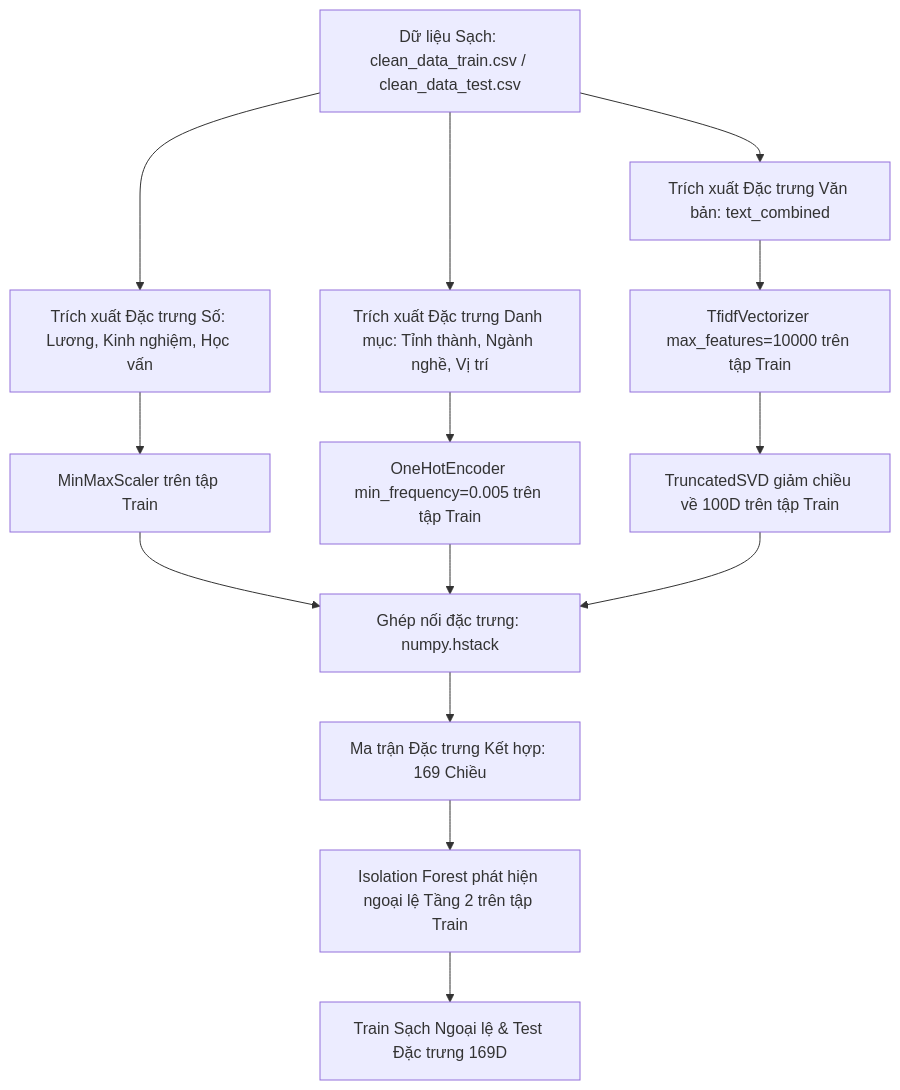
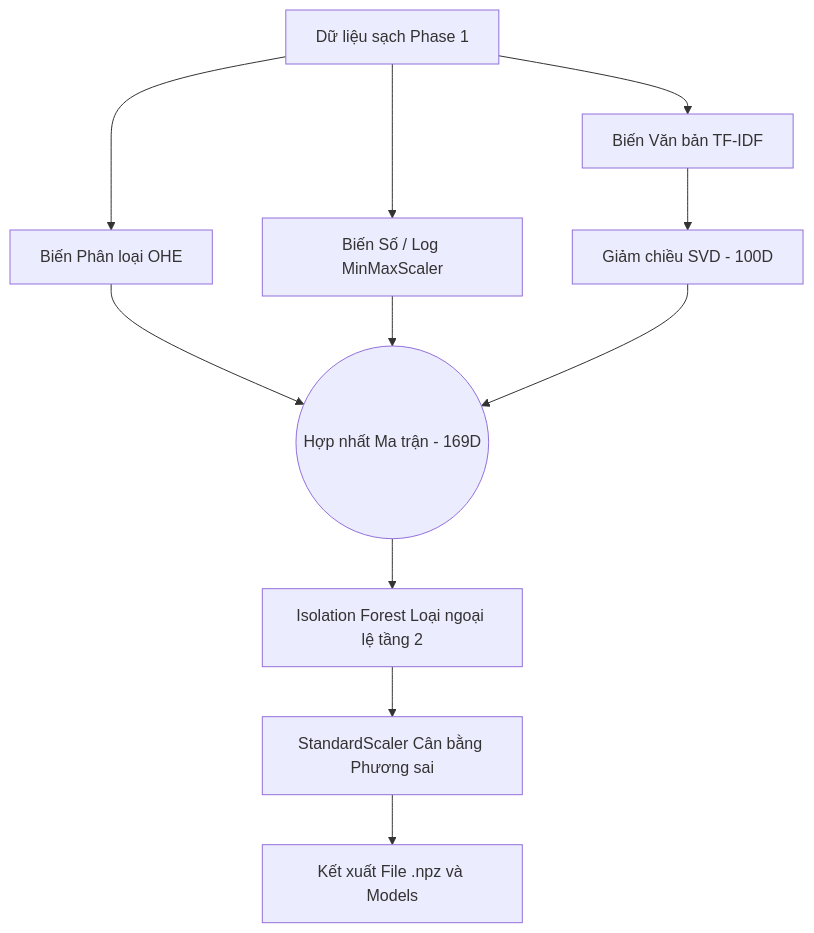
One commit to LuongVanVo/vietnam-job-market-clustering changed the diagram in docs/PHASE_2_SUMMARY.md. Above: the diagram before and after it, drawn with Mermaid. The commit also changed other lines of this file, not shown here.

Commit message:
docs: update Phase 2 summary documentation with recent project progress

````diff
--- a/docs/PHASE_2_SUMMARY.md
+++ b/docs/PHASE_2_SUMMARY.md
@@ -11,20 +18,13 @@
 ```mermaid
 graph TD
-    A[Dữ liệu Sạch: clean_data_train.csv / clean_data_test.csv] --> B1[Trích xuất Đặc trưng Số: Lương, Kinh nghiệm, Học vấn]
-    A --> B2[Trích xuất Đặc trưng Danh mục: Tỉnh thành, Ngành nghề, Vị trí]
-    A --> B3[Trích xuất Đặc trưng Văn bản: text_combined]
-    
-    B1 --> C1[MinMaxScaler trên tập Train]
-    B2 --> C2[OneHotEncoder min_frequency=0.005 trên tập Train]
-    B3 --> C3[TfidfVectorizer max_features=10000 trên tập Train]
-    
-    C3 --> D3[TruncatedSVD giảm chiều về 100D trên tập Train]
-    
-    C1 --> E[Ghép nối đặc trưng: numpy.hstack]
-    C2 --> E
-    D3 --> E
-    
-    E --> F[Ma trận Đặc trưng Kết hợp: 169 Chiều]
-    F --> G[Isolation Forest phát hiện ngoại lệ Tầng 2 trên tập Train]
-    G --> H[Train Sạch Ngoại lệ & Test Đặc trưng 169D]
+    A[Dữ liệu sạch Phase 1] --> B[Biến Phân loại OHE]
+    A --> C[Biến Số / Log MinMaxScaler]
+    A --> D[Biến Văn bản TF-IDF]
+    D --> E[Giảm chiều SVD - 100D]
+    B --> F((Hợp nhất Ma trận - 169D))
+    C --> F
+    E --> F
+    F --> G[Isolation Forest Loại ngoại lệ tầng 2]
+    G --> H[StandardScaler Cân bằng Phương sai]
+    H --> I[Kết xuất File .npz và Models]
 ```
````
